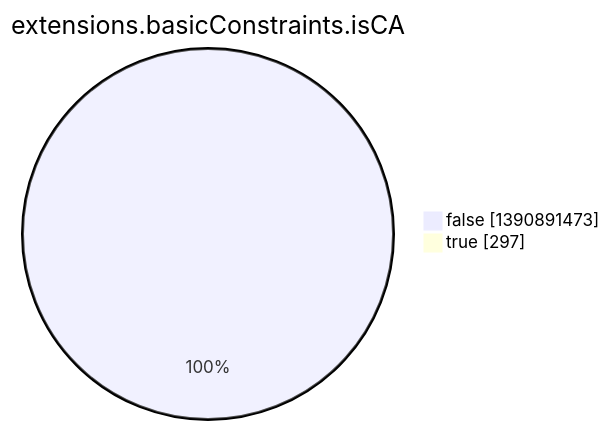
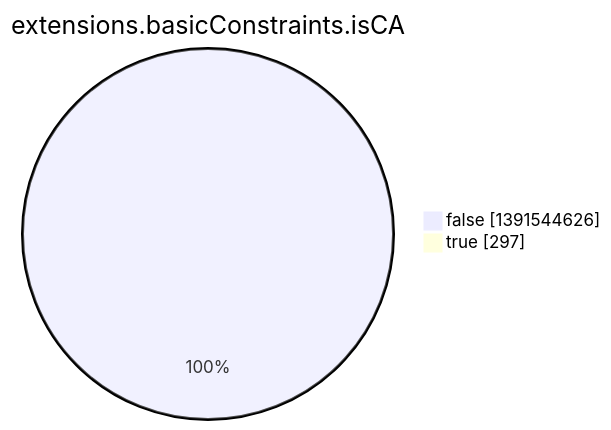
The eighth of 15 diagrams in argon2022/README.md (christiankrug/ctmonitor_visualization), drawn with Mermaid before and after one commit. The commit also changed other lines of this file, not shown here.

````diff
--- a/argon2022/README.md
+++ b/argon2022/README.md
@@ -2759,6 +2759,6 @@
 ```mermaid
 pie showData
 title extensions.basicConstraints.isCA
-"false" :1390891473
+"false" :1391544626
 "true" :297
 ```
````
